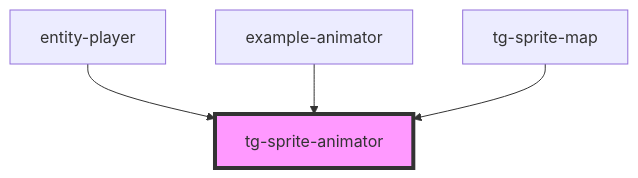
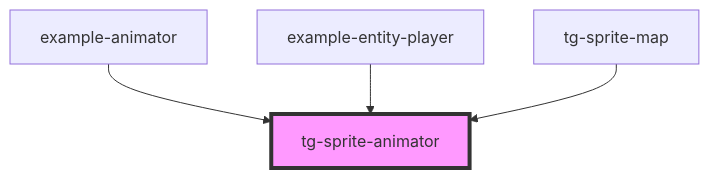
The diagram in src/components/engine/tg-sprite-animator/readme.md (Scan0815/tg-engine), drawn with Mermaid before and after one commit. The commit also changed other lines of this file and 19 other files, not shown here.

````diff
--- a/src/components/engine/tg-sprite-animator/readme.md
+++ b/src/components/engine/tg-sprite-animator/readme.md
@@ -46,7 +46,7 @@
 ```mermaid
 graph TD;
-  entity-player --> tg-sprite-animator
   example-animator --> tg-sprite-animator
+  example-entity-player --> tg-sprite-animator
   tg-sprite-map --> tg-sprite-animator
   style tg-sprite-animator fill:#f9f,stroke:#333,stroke-width:4px
 ```
````
